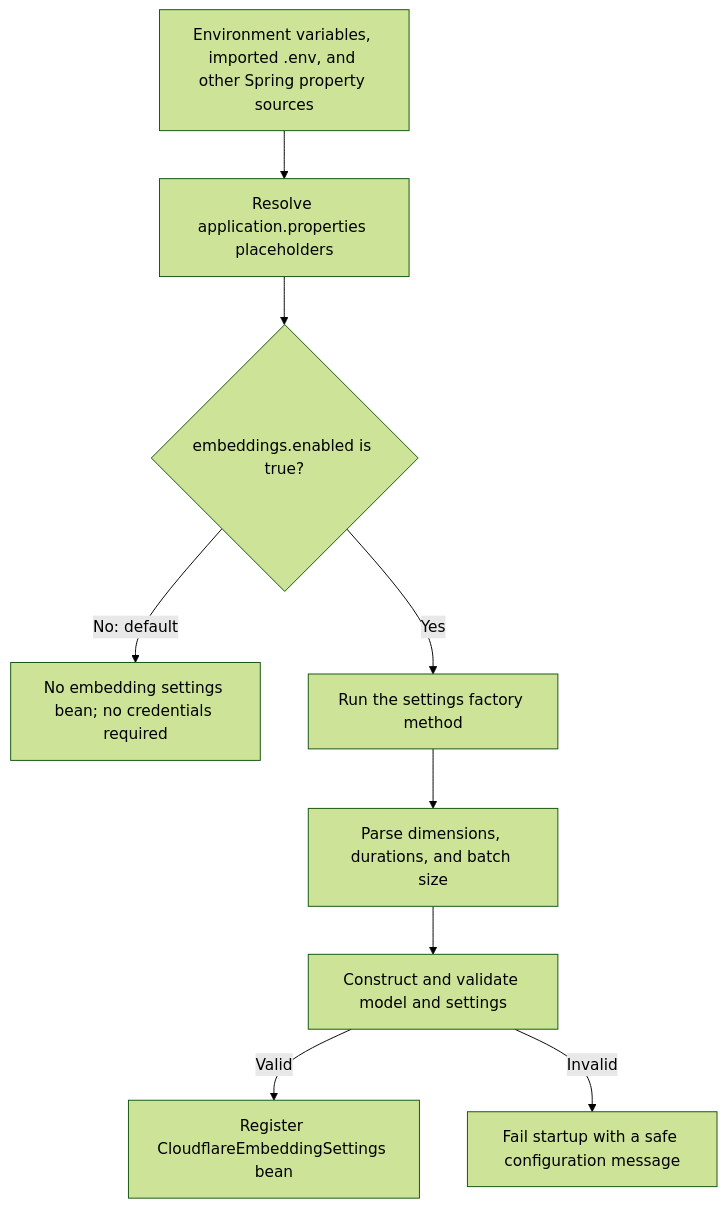
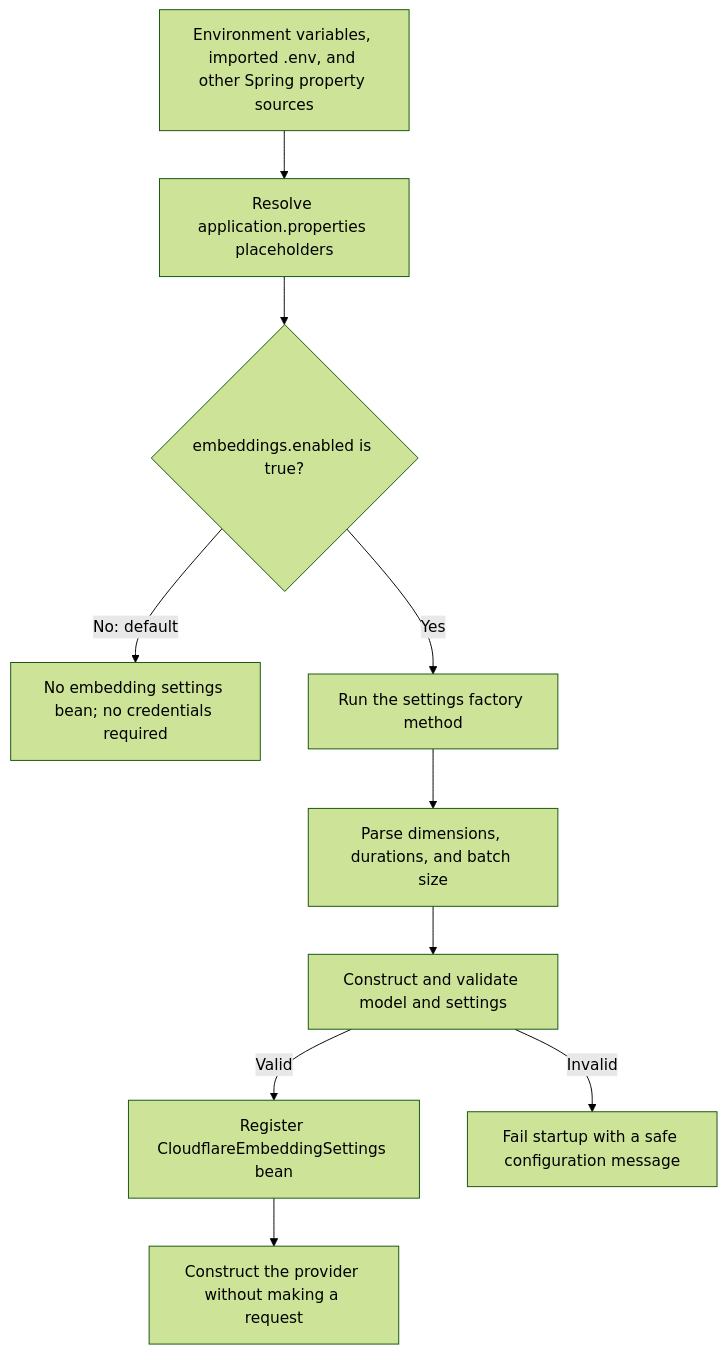
One commit to FarukValjevac/SecondBrain changed the third of 6 diagrams in .learnigns/embedding-contract-guide.md. Above: the diagram before and after it, drawn with Mermaid (forest theme). The commit also changed other lines of this file and 10 other files, not shown here.

````diff
--- a/.learnigns/embedding-contract-guide.md
+++ b/.learnigns/embedding-contract-guide.md
@@ -231,11 +212,12 @@
 ```mermaid
 flowchart TD
     Sources[Environment variables, imported .env, and other Spring property sources] --> Properties[Resolve application.properties placeholders]
     Properties --> Enabled{embeddings.enabled is true?}
     Enabled -->|No: default| Disabled[No embedding settings bean; no credentials required]
     Enabled -->|Yes| Factory[Run the settings factory method]
     Factory --> Parse[Parse dimensions, durations, and batch size]
     Parse --> Validate[Construct and validate model and settings]
     Validate -->|Valid| Bean[Register CloudflareEmbeddingSettings bean]
+    Bean --> Client[Construct the provider without making a request]
     Validate -->|Invalid| Failure[Fail startup with a safe configuration message]
 ```
````
